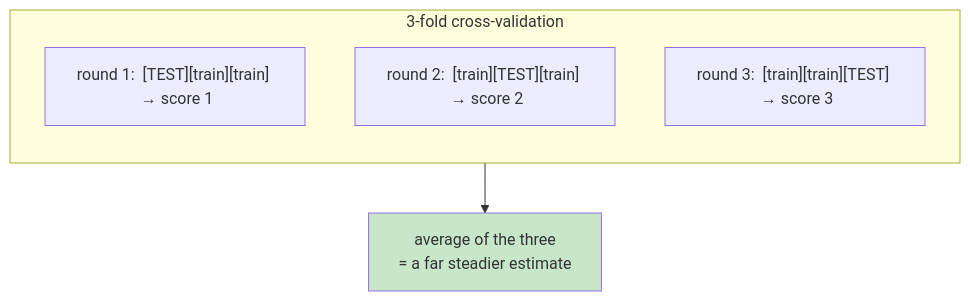
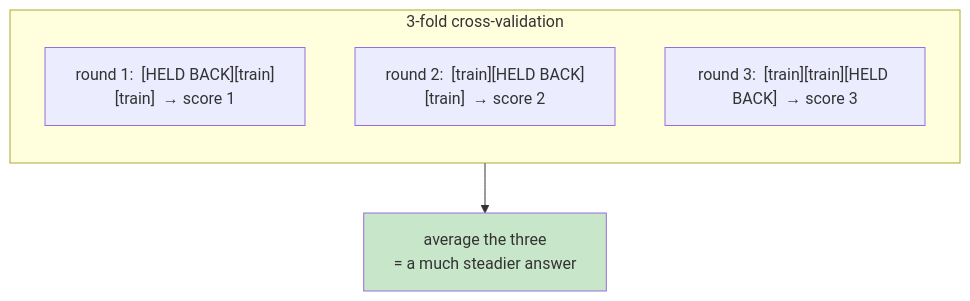
One commit to schoolofdevops/402-mlops-site changed the sixth of 9 diagrams in site/docs/m3-data-to-model/lesson.mdx. Above: the diagram before and after it, drawn with Mermaid. The commit also changed other lines of this file, not shown here.

````diff
--- a/site/docs/m3-data-to-model/lesson.mdx
+++ b/site/docs/m3-data-to-model/lesson.mdx
@@ -213,12 +324,12 @@
 ```mermaid
 flowchart TB
     subgraph K["3-fold cross-validation"]
         direction TB
-        R1["round 1:  [TEST][train][train]  → score 1"]
-        R2["round 2:  [train][TEST][train]  → score 2"]
-        R3["round 3:  [train][train][TEST]  → score 3"]
+        R1["round 1:  [HELD BACK][train][train]  → score 1"]
+        R2["round 2:  [train][HELD BACK][train]  → score 2"]
+        R3["round 3:  [train][train][HELD BACK]  → score 3"]
     end
-    K --> AVG["average of the three<br/>= a far steadier estimate"]
+    K --> AVG["average the three<br/>= a much steadier answer"]
 
     style AVG fill:#c8e6c9
 ```
````
